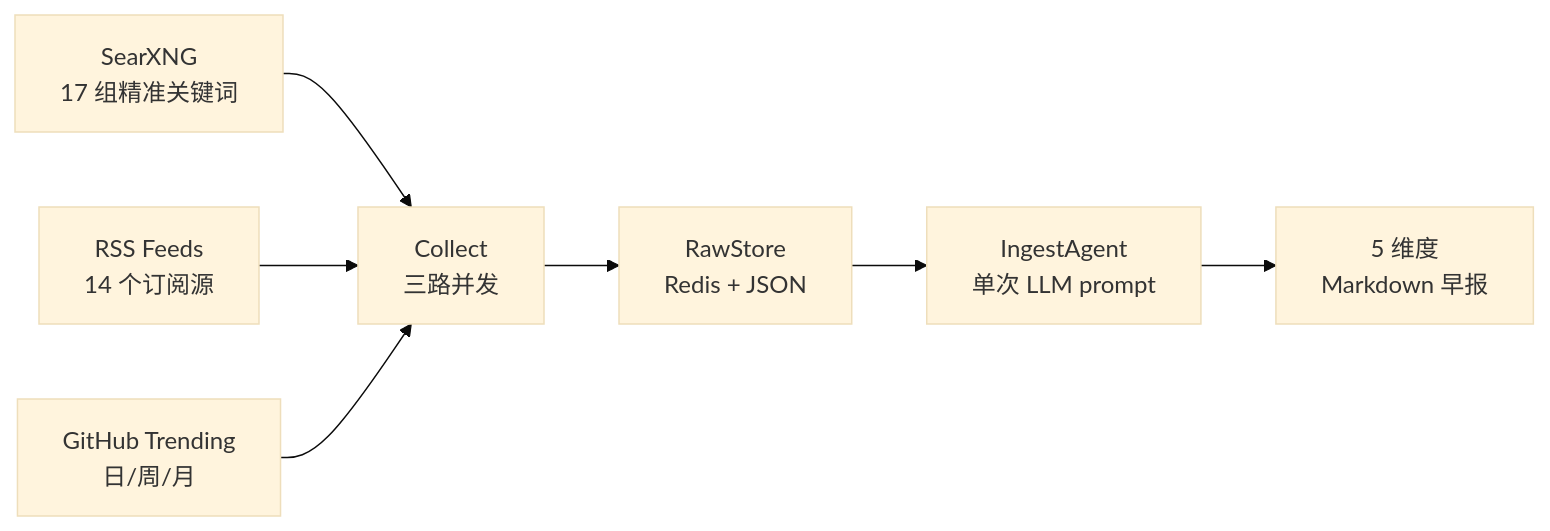
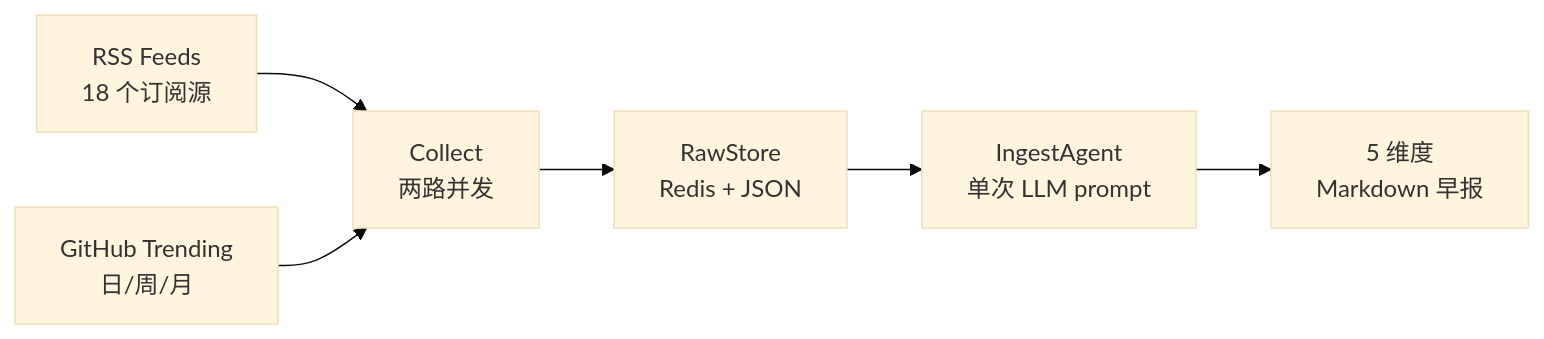
One commit to xinovate/linglong-scout changed the first of 2 diagrams in README.md. Above: the diagram before and after it, drawn with Mermaid (base theme). The commit also changed other lines of this file, not shown here.

Commit message:
docs: README 清理 SearXNG 引用，三路改两路

````diff
--- a/README.md
+++ b/README.md
@@ -9,9 +9,8 @@
 ```mermaid
 graph LR
-    SearXNG["SearXNG<br/>17 组精准关键词"] --> Collect
-    RSS["RSS Feeds<br/>14 个订阅源"] --> Collect
+    RSS["RSS Feeds<br/>18 个订阅源"] --> Collect
     GH["GitHub Trending<br/>日/周/月"] --> Collect
-    Collect["Collect<br/>三路并发"] --> Raw["RawStore<br/>Redis + JSON"]
+    Collect["Collect<br/>两路并发"] --> Raw["RawStore<br/>Redis + JSON"]
     Raw --> Agent["IngestAgent<br/>单次 LLM prompt"]
     Agent --> Brief["5 维度<br/>Markdown 早报"]
 ```
````
